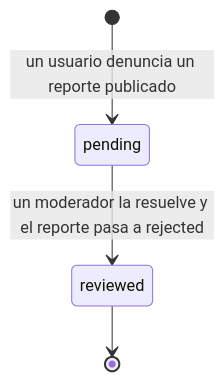
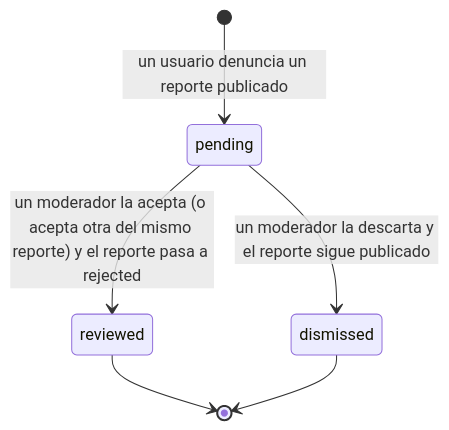
The seventh of 7 diagrams in docs/informe/1-2-2-2-historias-y-flujos.md (ISI-ProyectoFinal-2026/Grupo1), drawn with Mermaid before and after one commit. The commit also changed other lines of this file and 11 other files, not shown here.

````diff
--- a/docs/informe/1-2-2-2-historias-y-flujos.md
+++ b/docs/informe/1-2-2-2-historias-y-flujos.md
@@ -550,6 +554,8 @@
 ```mermaid
 stateDiagram-v2
   [*] --> pending : un usuario denuncia un reporte publicado
-  pending --> reviewed : un moderador la resuelve y el reporte pasa a rejected
+  pending --> reviewed : un moderador la acepta (o acepta otra del mismo reporte) y el reporte pasa a rejected
+  pending --> dismissed : un moderador la descarta y el reporte sigue publicado
   reviewed --> [*]
+  dismissed --> [*]
 ```
````
